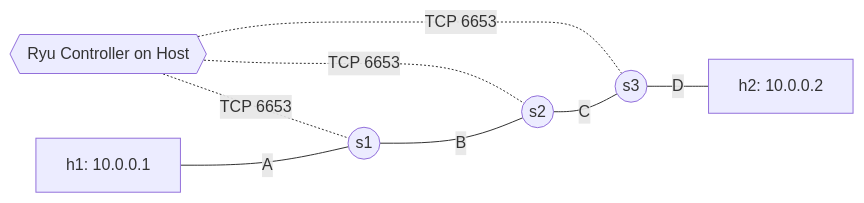
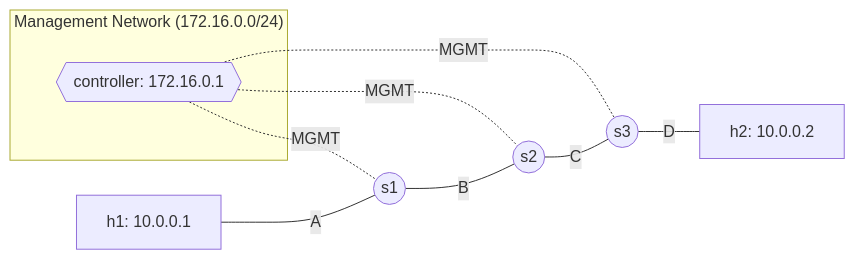
Before and after one commit to Mellgood/asdn26: the diagram in MODULE_2_SDN/lab17-kathara-multi-sdn/README.md, drawn with Mermaid. The commit also changed other lines of this file and 12 other files, not shown here.

````diff
--- a/MODULE_2_SDN/lab17-kathara-multi-sdn/README.md
+++ b/MODULE_2_SDN/lab17-kathara-multi-sdn/README.md
@@ -9,17 +9,19 @@
 ```mermaid
 graph LR
-    c1{{Ryu Controller on Host}}
+    subgraph MGMT["Management Network (172.16.0.0/24)"]
+        ctrl{{"controller: 172.16.0.1"}}
+    end
     h1[h1: 10.0.0.1]
     s1((s1))
     s2((s2))
     s3((s3))
     h2[h2: 10.0.0.2]
 
-    c1 -.-|TCP 6653| s1
-    c1 -.-|TCP 6653| s2
-    c1 -.-|TCP 6653| s3
+    ctrl -.-|MGMT| s1
+    ctrl -.-|MGMT| s2
+    ctrl -.-|MGMT| s3
     h1 ---|A| s1
     s1 ---|B| s2
     s2 ---|C| s3
     s3 ---|D| h2
 ```
````
